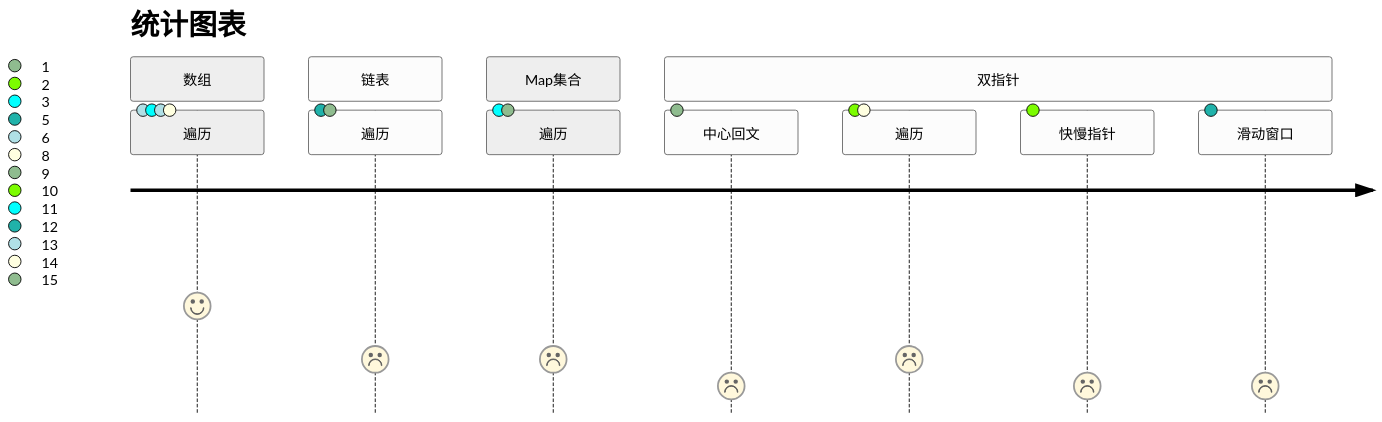
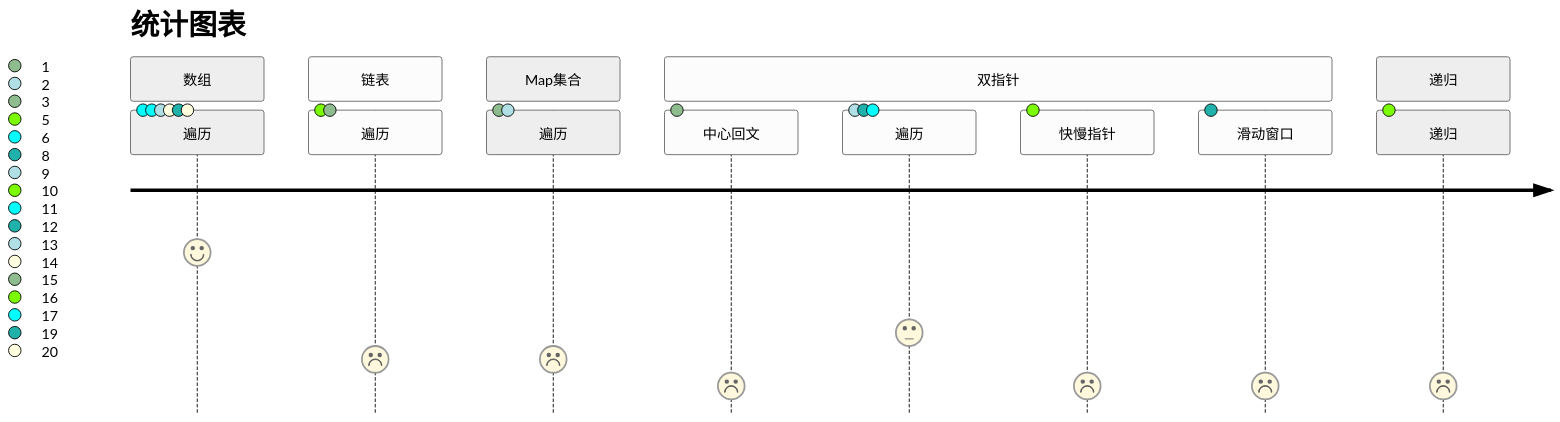
The diagram in 算法/频度算法.md (BocaiheDabaicai/algorithm-problem), drawn with Mermaid (neutral theme) before and after one commit. The commit also changed other lines of this file, not shown here.

````diff
--- a/算法/频度算法.md
+++ b/算法/频度算法.md
@@ -61,15 +73,17 @@
 ```mermaid
 journey
     title 统计图表
     section 数组
-      遍历: 4: 6,11,13,14
+      遍历: 6: 6,11,13,14,19,20
     section 链表
       遍历: 2: 5,15
     section Map集合
       遍历: 2: 3,9
     section 双指针
       中心回文: 1: 1
-      遍历: 2: 2,8
+      遍历: 3: 2,8,17
       快慢指针: 1: 10
       滑动窗口: 1: 12
+    section 递归
+      递归:1:16
 ```
````
